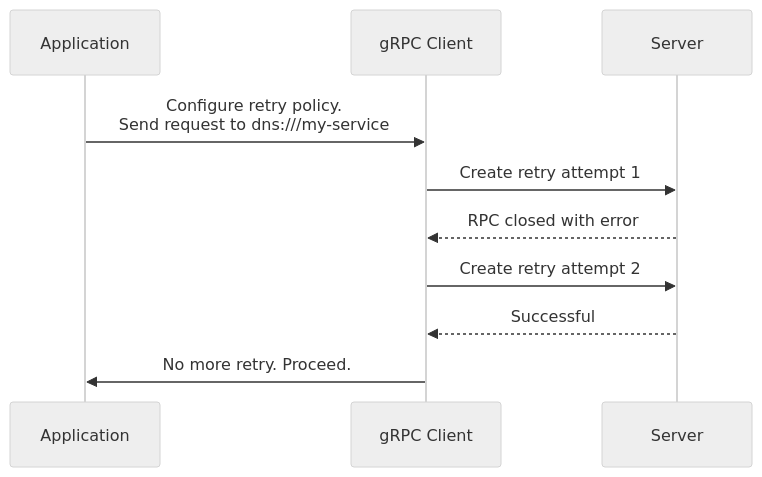
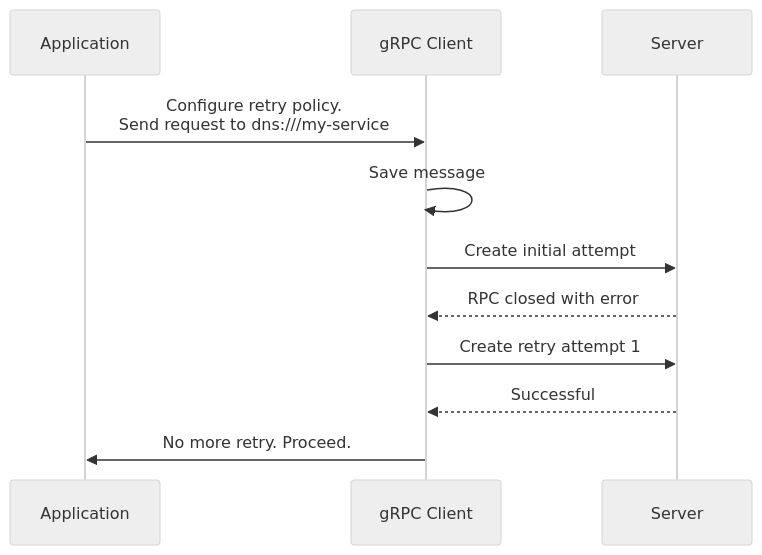
Before and after one commit to grpc/grpc.io: the diagram in content/en/docs/guides/retry.md, drawn with Mermaid (neutral theme).

Commit message:
Update retry guide diagram (#1371)

````diff
--- a/content/en/docs/guides/retry.md
+++ b/content/en/docs/guides/retry.md
@@ -27,9 +27,10 @@
 ```mermaid
 sequenceDiagram
   Application ->> gRPC Client: Configure retry policy. <br> Send request to dns:///my-service
+  gRPC Client ->> gRPC Client: Save message
+  gRPC Client ->> Server: Create initial attempt
+  Server -->> gRPC Client : RPC closed with error 
   gRPC Client ->> Server: Create retry attempt 1 
-  Server -->> gRPC Client : RPC closed with error 
-  gRPC Client ->> Server: Create retry attempt 2 
   Server -->> gRPC Client: Successful 
   gRPC Client ->> Application: No more retry. Proceed.
 ```
````
